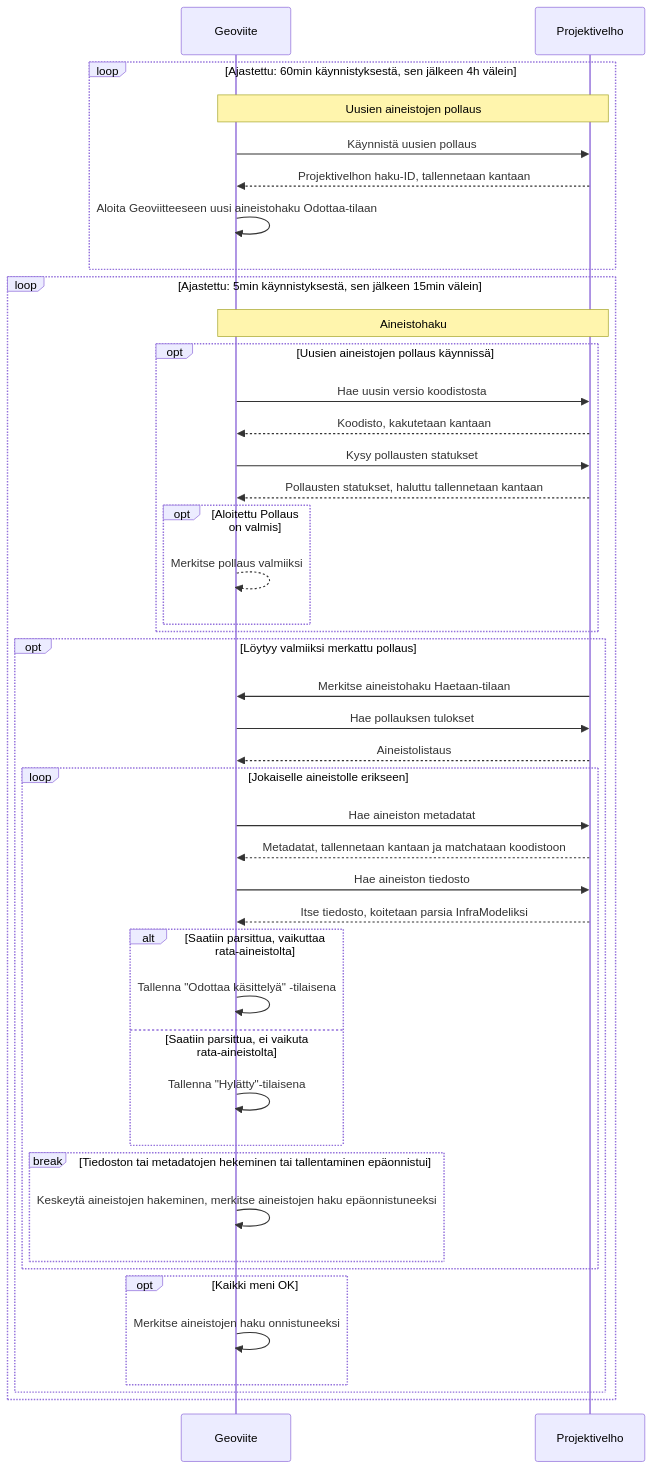
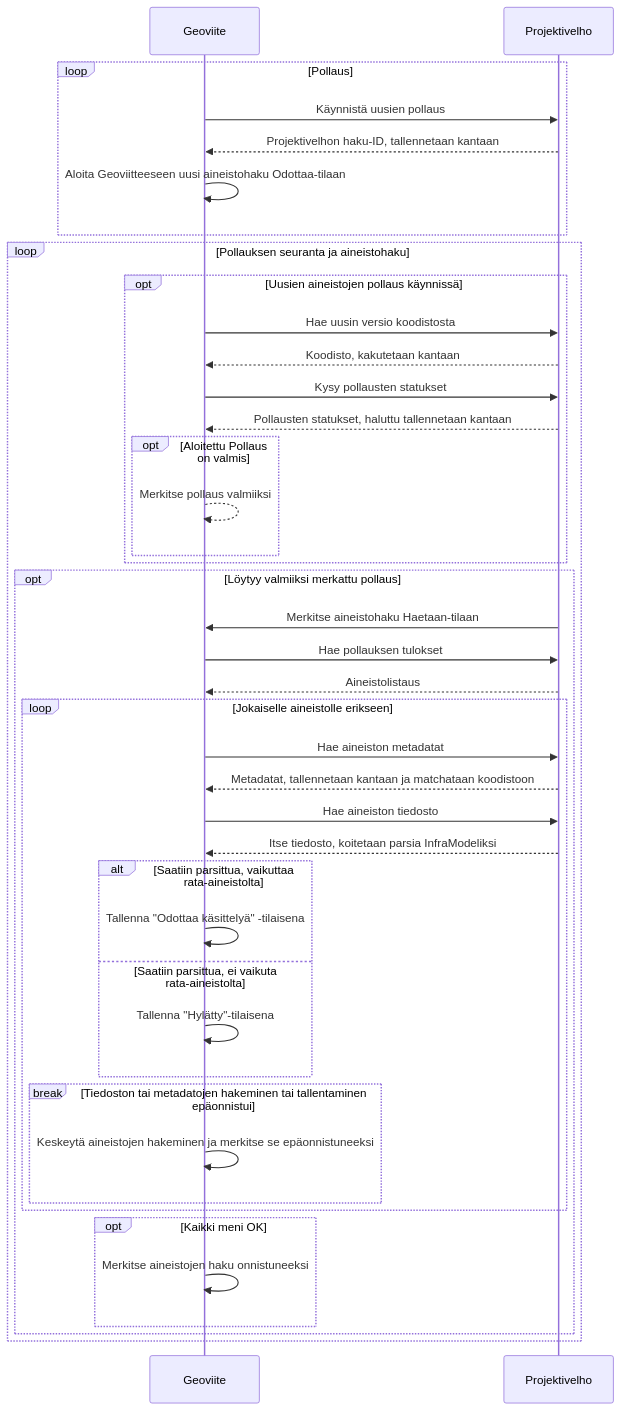
One commit to finnishtransportagency/geoviite changed the first of 2 diagrams in doc/projektivelho.md. Above: the diagram before and after it, drawn with Mermaid. The commit also changed other lines of this file and 4 other files, not shown here.

````diff
--- a/doc/projektivelho.md
+++ b/doc/projektivelho.md
@@ -31,55 +37,51 @@
 ```mermaid
 sequenceDiagram
     participant G as Geoviite
     participant P as Projektivelho
 
-    loop Ajastettu: 60min käynnistyksestä, sen jälkeen 4h välein
-        note over G,P: Uusien aineistojen pollaus
-
+    loop Pollaus
         G->>P: Käynnistä uusien pollaus
         P-->>G: Projektivelhon haku-ID, tallennetaan kantaan
         G->>G: Aloita Geoviitteeseen uusi aineistohaku Odottaa-tilaan
     end
 
-    loop Ajastettu: 5min käynnistyksestä, sen jälkeen 15min välein
-        note over G,P: Aineistohaku
-
+    loop Pollauksen seuranta ja aineistohaku
         opt Uusien aineistojen pollaus käynnissä
             G->>P: Hae uusin versio koodistosta
             P-->>G: Koodisto, kakutetaan kantaan
 
             G->>P: Kysy pollausten statukset
             P-->>G: Pollausten statukset, haluttu tallennetaan kantaan
 
             opt Aloitettu Pollaus on valmis
                 G-->>G: Merkitse pollaus valmiiksi
             end
         end
 
         opt Löytyy valmiiksi merkattu pollaus
             P->>G: Merkitse aineistohaku Haetaan-tilaan
             G->>P: Hae pollauksen tulokset
             P-->>G: Aineistolistaus
     
             loop Jokaiselle aineistolle erikseen
                 G->>P: Hae aineiston metadatat
                 P-->>G: Metadatat, tallennetaan kantaan ja matchataan koodistoon
                 G->>P: Hae aineiston tiedosto
                 P-->>G: Itse tiedosto, koitetaan parsia InfraModeliksi
     
                 alt Saatiin parsittua, vaikuttaa rata-aineistolta
                     G->>G: Tallenna "Odottaa käsittelyä" -tilaisena
                 else Saatiin parsittua, ei vaikuta rata-aineistolta
                     G->>G: Tallenna "Hylätty"-tilaisena
                 end
 
-                break Tiedoston tai metadatojen hekeminen tai tallentaminen epäonnistui
-                    G->>G: Keskeytä aineistojen hakeminen, merkitse aineistojen haku epäonnistuneeksi
+                break Tiedoston tai metadatojen hakeminen tai tallentaminen epäonnistui
+                    G->>G: Keskeytä aineistojen hakeminen ja merkitse se epäonnistuneeksi
                 end
             end
             opt Kaikki meni OK
                 G->>G: Merkitse aineistojen haku onnistuneeksi
             end
         end
     end
 ```
````
